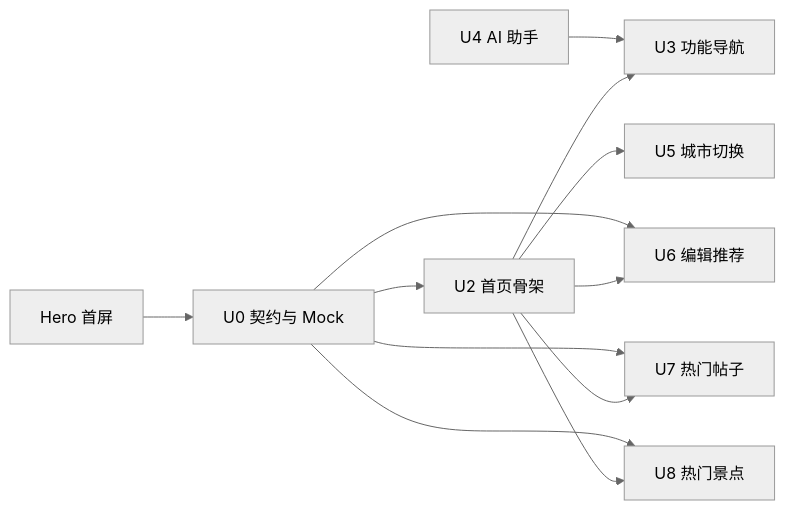
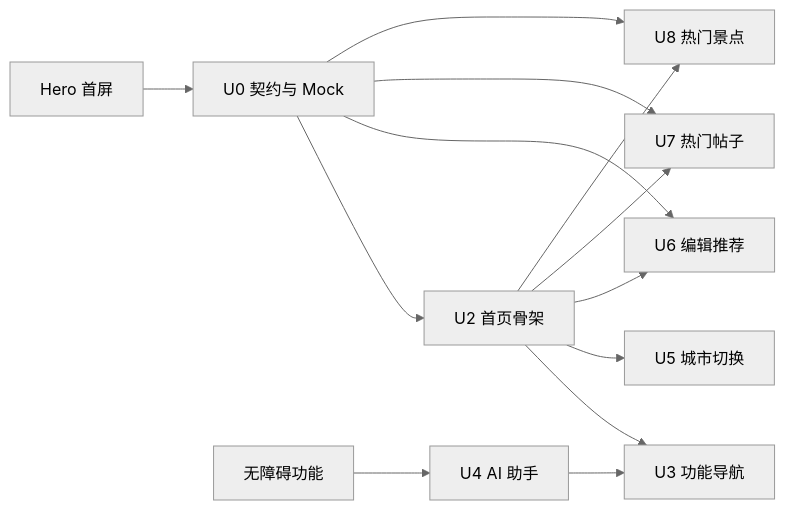
One commit to luyitiger6/my-first-project changed diagram 11 of 11 in .qoder/repowiki/zh/content/规格驱动开发/WanderChain 首页规格文档.md. Above: the diagram before and after it, drawn with Mermaid (neutral theme). The commit also changed other lines of this file and 32 other files, not shown here.

````diff
--- a/.qoder/repowiki/zh/content/规格驱动开发/WanderChain 首页规格文档.md
+++ b/.qoder/repowiki/zh/content/规格驱动开发/WanderChain 首页规格文档.md
@@ -367,14 +399,15 @@
 ```mermaid
 graph LR
 U0["U0 契约与 Mock"] --> U2["U2 首页骨架"]
 U0 --> U6["U6 编辑推荐"]
 U0 --> U7["U7 热门帖子"]
 U0 --> U8["U8 热门景点"]
 U4["U4 AI 助手"] --> U3["U3 功能导航"]
 U2 --> U3
 U2 --> U5["U5 城市切换"]
 U2 --> U6
 U2 --> U7
 U2 --> U8
 Hero["Hero 首屏"] --> U0
+Accessibility["无障碍功能"] --> U4
 ```
````
